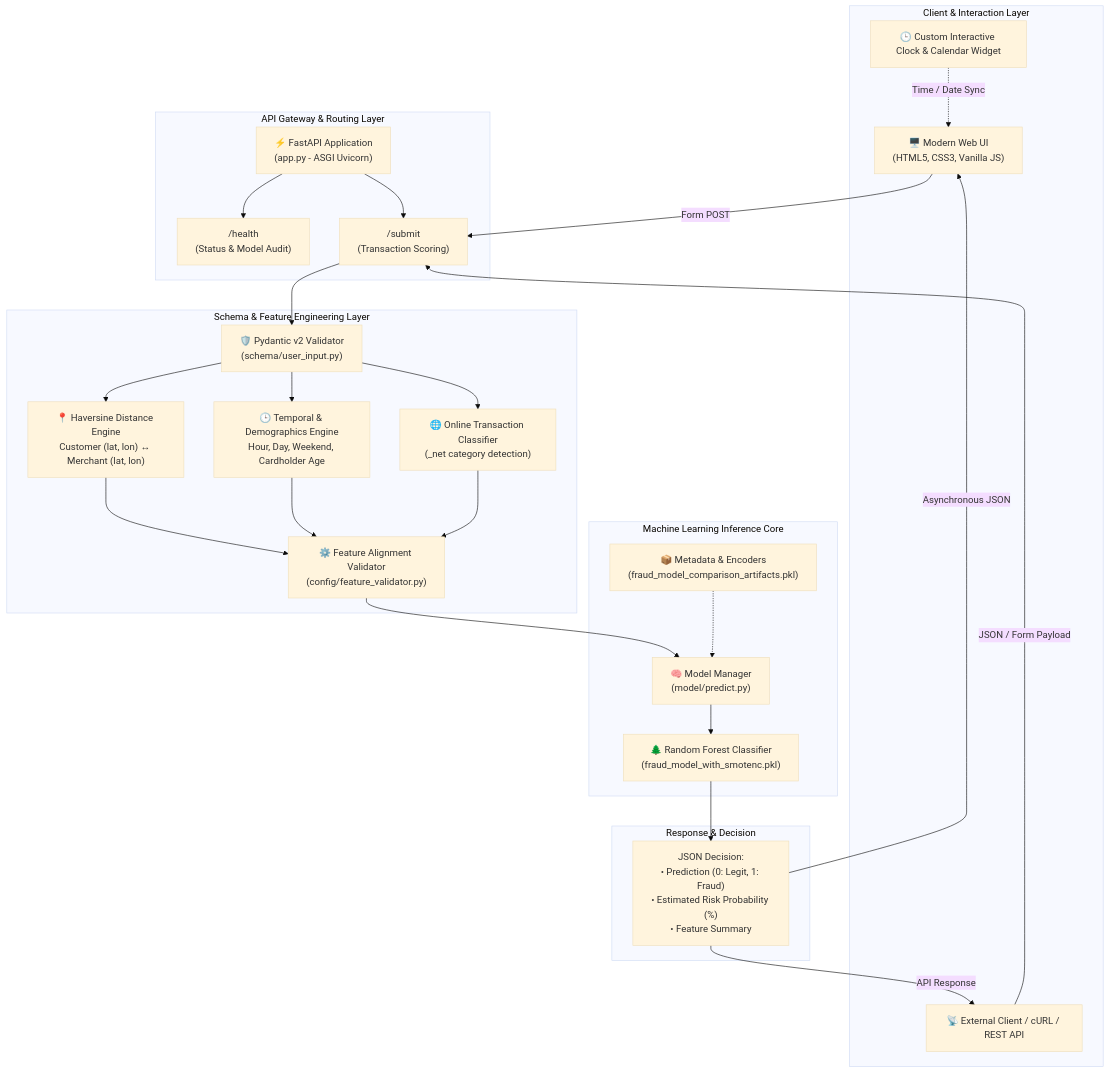
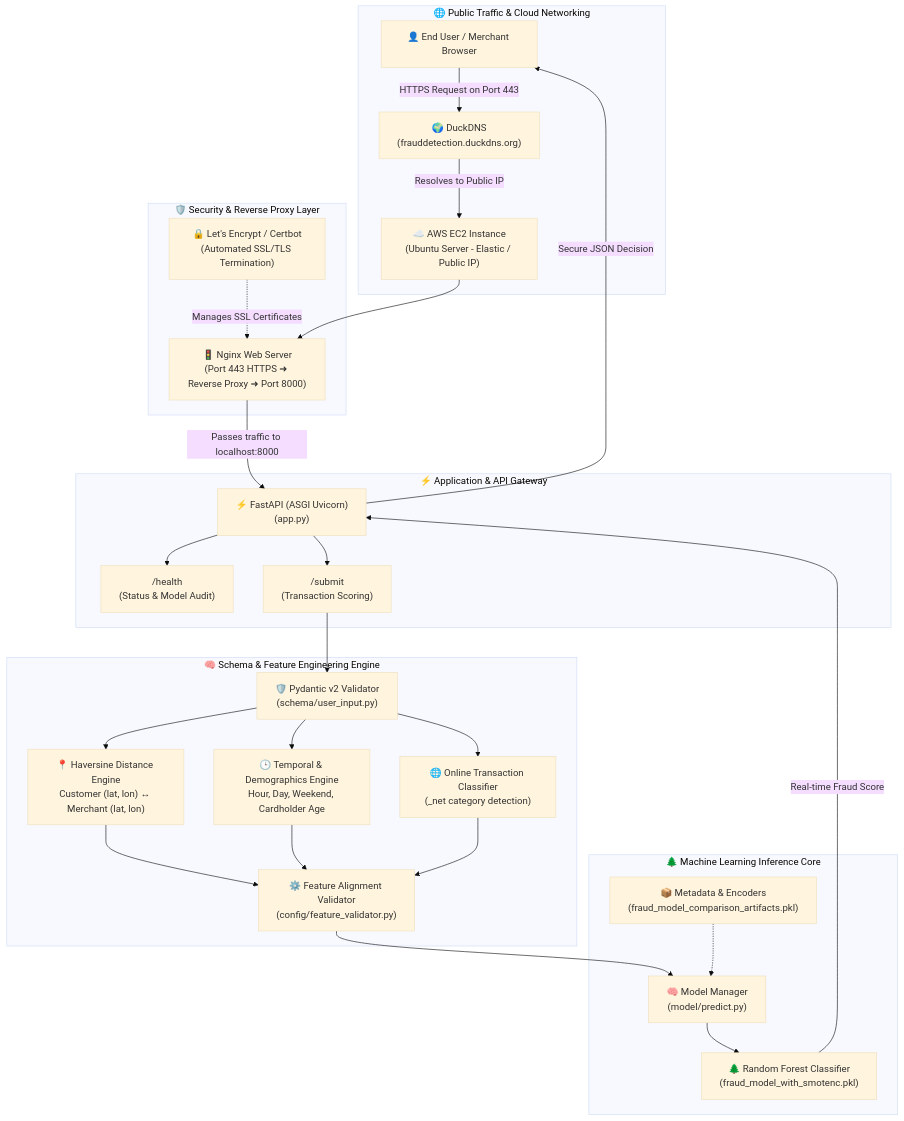
Before and after one commit to Khansahab-ai/Credit-Card-Fraud-Transaction-Detection-: the diagram in README.md, drawn with Mermaid (base theme). The commit also changed other lines of this file, not shown here.

Commit message:
docs: update README with AWS EC2 deployment, DuckDNS live link, architecture, and model benchmarks

````diff
--- a/README.md
+++ b/README.md
@@ -224,53 +250,56 @@
 ```mermaid
 flowchart TD
-    subgraph Client_Layer ["Client & Interaction Layer"]
-        UI["🖥️ Modern Web UI\n(HTML5, CSS3, Vanilla JS)"]
-        Clock["🕒 Custom Interactive Clock & Calendar Widget"]
-        cURL["📡 External Client / cURL / REST API"]
+    subgraph Internet_Layer ["🌐 Public Traffic & Cloud Networking"]
+        User["👤 End User / Merchant Browser"]
+        DNS["🌍 DuckDNS\n(frauddetection.duckdns.org)"]
+        EC2["☁️ AWS EC2 Instance\n(Ubuntu Server - Elastic / Public IP)"]
     end
 
-    subgraph API_Layer ["API Gateway & Routing Layer"]
-        FastAPI["⚡ FastAPI Application\n(app.py - ASGI Uvicorn)"]
+    subgraph Security_Proxy ["🛡️ Security & Reverse Proxy Layer"]
+        Certbot["🔒 Let's Encrypt / Certbot\n(Automated SSL/TLS Termination)"]
+        Nginx["🚦 Nginx Web Server\n(Port 443 HTTPS ➜ Reverse Proxy ➜ Port 8000)"]
+    end
+
+    subgraph Application_Layer ["⚡ Application & API Gateway"]
+        FastAPI["⚡ FastAPI (ASGI Uvicorn)\n(app.py)"]
         HealthEndpoint["/health\n(Status & Model Audit)"]
         SubmitEndpoint["/submit\n(Transaction Scoring)"]
     end
 
-    subgraph Validation_Layer ["Schema & Feature Engineering Layer"]
+    subgraph Validation_Layer ["🧠 Schema & Feature Engineering Engine"]
         Pydantic["🛡️ Pydantic v2 Validator\n(schema/user_input.py)"]
         Haversine["📍 Haversine Distance Engine\nCustomer (lat, lon) ↔ Merchant (lat, lon)"]
         Temporal["🕒 Temporal & Demographics Engine\nHour, Day, Weekend, Cardholder Age"]
         OnlineFlag["🌐 Online Transaction Classifier\n(_net category detection)"]
         FeatureConfig["⚙️ Feature Alignment Validator\n(config/feature_validator.py)"]
     end
 
-    subgraph Inference_Layer ["Machine Learning Inference Core"]
+    subgraph Inference_Layer ["🌲 Machine Learning Inference Core"]
         PredictModule["🧠 Model Manager\n(model/predict.py)"]
         RFModel["🌲 Random Forest Classifier\n(fraud_model_with_smotenc.pkl)"]
         Artifacts["📦 Metadata & Encoders\n(fraud_model_comparison_artifacts.pkl)"]
     end
 
-    subgraph Output_Layer ["Response & Decision"]
-        Decision["JSON Decision:\n• Prediction (0: Legit, 1: Fraud)\n• Estimated Risk Probability (%)\n• Feature Summary"]
-    end
+    User -->|HTTPS Request on Port 443| DNS
+    DNS -->|Resolves to Public IP| EC2
+    EC2 --> Nginx
+    Certbot -.->|Manages SSL Certificates| Nginx
+    Nginx -->|Passes traffic to localhost:8000| FastAPI
 
-    UI -->|Form POST| SubmitEndpoint
-    Clock -.->|Time / Date Sync| UI
-    cURL -->|JSON / Form Payload| SubmitEndpoint
     FastAPI --> HealthEndpoint
     FastAPI --> SubmitEndpoint
 
     SubmitEndpoint --> Pydantic
     Pydantic --> Haversine
     Pydantic --> Temporal
     Pydantic --> OnlineFlag
     Haversine --> FeatureConfig
     Temporal --> FeatureConfig
     OnlineFlag --> FeatureConfig
 
     FeatureConfig --> PredictModule
     PredictModule --> RFModel
     Artifacts -.-> PredictModule
-    RFModel --> Decision
-    Decision -->|Asynchronous JSON| UI
-    Decision -->|API Response| cURL
+    RFModel -->|Real-time Fraud Score| FastAPI
+    FastAPI -->|Secure JSON Decision| User
 ```
````
